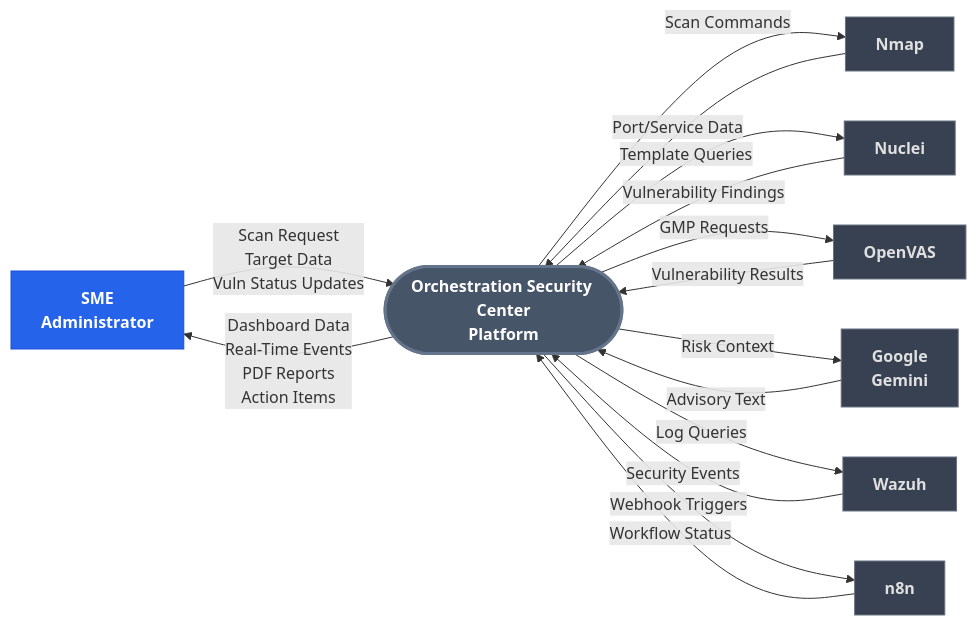
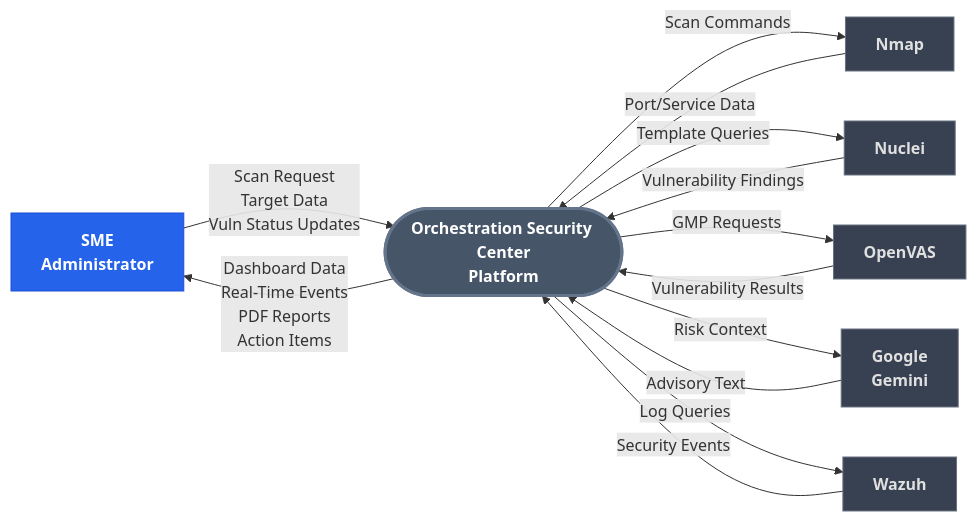
The fifth of 17 diagrams in FYP_Figures.md (MazenAlaa305/ORCHESTRATION-SECURITY-CENTER), drawn with Mermaid before and after one commit. The commit also changed other lines of this file and 4 other files, not shown here.

````diff
--- a/FYP_Figures.md
+++ b/FYP_Figures.md
@@ -314,41 +311,36 @@
 ```mermaid
 flowchart LR
     ADMIN["<b>SME<br/>Administrator</b>"]
     SYSTEM(["<b>Orchestration Security Center<br/>Platform</b>"])
     NMAP_E["<b>Nmap</b>"]
     NUCLEI_E["<b>Nuclei</b>"]
     OPENVAS_E["<b>OpenVAS</b>"]
     GEMINI_E["<b>Google<br/>Gemini</b>"]
     WAZUH_E["<b>Wazuh</b>"]
-    N8N_E["<b>n8n</b>"]
 
     ADMIN -- "Scan Request<br/>Target Data<br/>Vuln Status Updates" --> SYSTEM
     SYSTEM -- "Dashboard Data<br/>Real-Time Events<br/>PDF Reports<br/>Action Items" --> ADMIN
 
     SYSTEM -- "Scan Commands" --> NMAP_E
     NMAP_E -- "Port/Service Data" --> SYSTEM
 
     SYSTEM -- "Template Queries" --> NUCLEI_E
     NUCLEI_E -- "Vulnerability Findings" --> SYSTEM
 
     SYSTEM -- "GMP Requests" --> OPENVAS_E
     OPENVAS_E -- "Vulnerability Results" --> SYSTEM
 
     SYSTEM -- "Risk Context" --> GEMINI_E
     GEMINI_E -- "Advisory Text" --> SYSTEM
 
     SYSTEM -- "Log Queries" --> WAZUH_E
     WAZUH_E -- "Security Events" --> SYSTEM
 
-    SYSTEM -- "Webhook Triggers" --> N8N_E
-    N8N_E -- "Workflow Status" --> SYSTEM
-
     style ADMIN fill:#2563eb,stroke:#1d4ed8,color:#fff
     style SYSTEM fill:#475569,stroke:#64748b,color:#fff,stroke-width:3px
     style NMAP_E fill:#374151,stroke:#6b7280,color:#e0e0e0
     style NUCLEI_E fill:#374151,stroke:#6b7280,color:#e0e0e0
     style OPENVAS_E fill:#374151,stroke:#6b7280,color:#e0e0e0
     style GEMINI_E fill:#374151,stroke:#6b7280,color:#e0e0e0
     style WAZUH_E fill:#374151,stroke:#6b7280,color:#e0e0e0
-    style N8N_E fill:#374151,stroke:#6b7280,color:#e0e0e0
 ```
````
